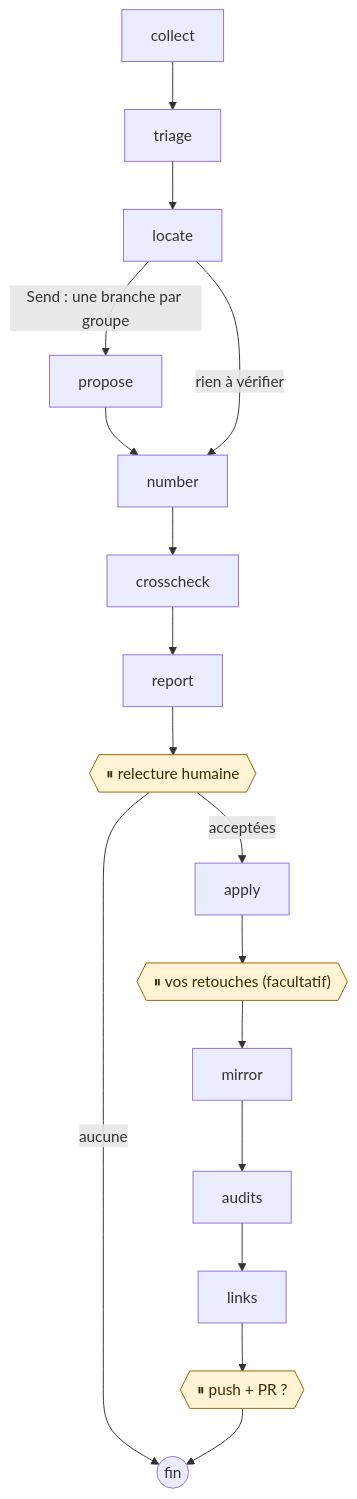
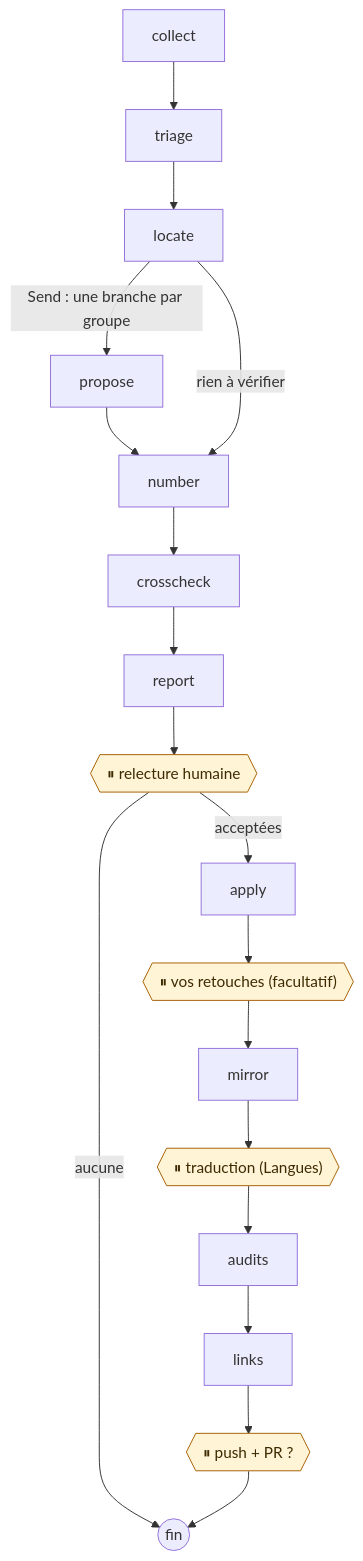
One commit to DamienBecherini/vault-watch-agent changed the second of 2 diagrams in README.fr.md. Above: the diagram before and after it, drawn with Mermaid. The commit also changed other lines of this file and 1 other file, not shown here.

Commit message:
docs(readme): the welcome says the six jobs, both ways (it proposes, you review; you write, it reviews); the four pauses, the guide's pull requests, the layout

````diff
--- a/README.fr.md
+++ b/README.fr.md
@@ -95,12 +108,12 @@
 ```mermaid
 flowchart TD
   collect --> triage --> locate
   locate -->|"Send : une branche par groupe"| propose --> number
   locate -->|rien à vérifier| number
   number --> crosscheck --> report --> review{{"⏸ relecture humaine"}}
-  review -->|acceptées| apply --> retouch{{"⏸ vos retouches (facultatif)"}} --> mirror --> audits --> links --> publish{{"⏸ push + PR ?"}}
+  review -->|acceptées| apply --> retouch{{"⏸ vos retouches (facultatif)"}} --> mirror --> translation{{"⏸ traduction (Langues)"}} --> audits --> links --> publish{{"⏸ push + PR ?"}}
   review -->|aucune| stop((fin))
   publish --> stop
   classDef human fill:#fff4d6,stroke:#a65f00,color:#3d2a00
-  class review,retouch,publish human
+  class review,retouch,translation,publish human
 ```
````
